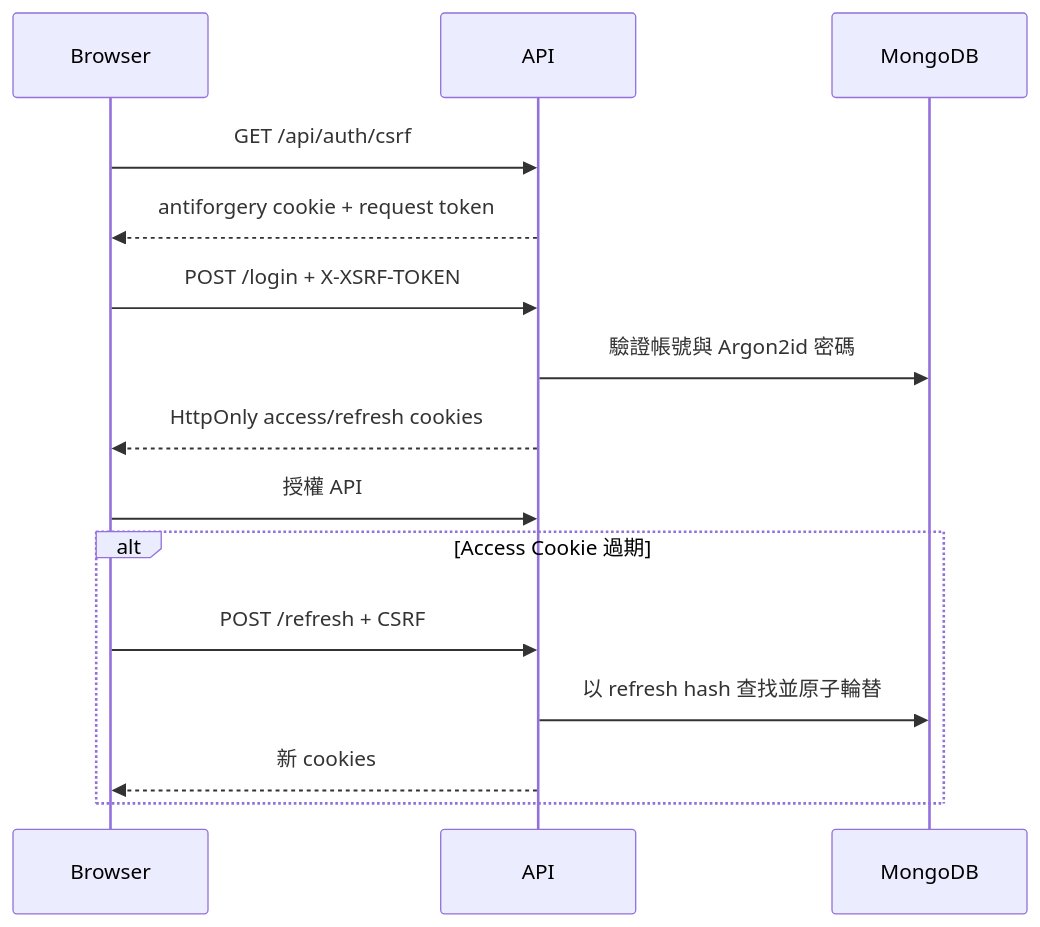
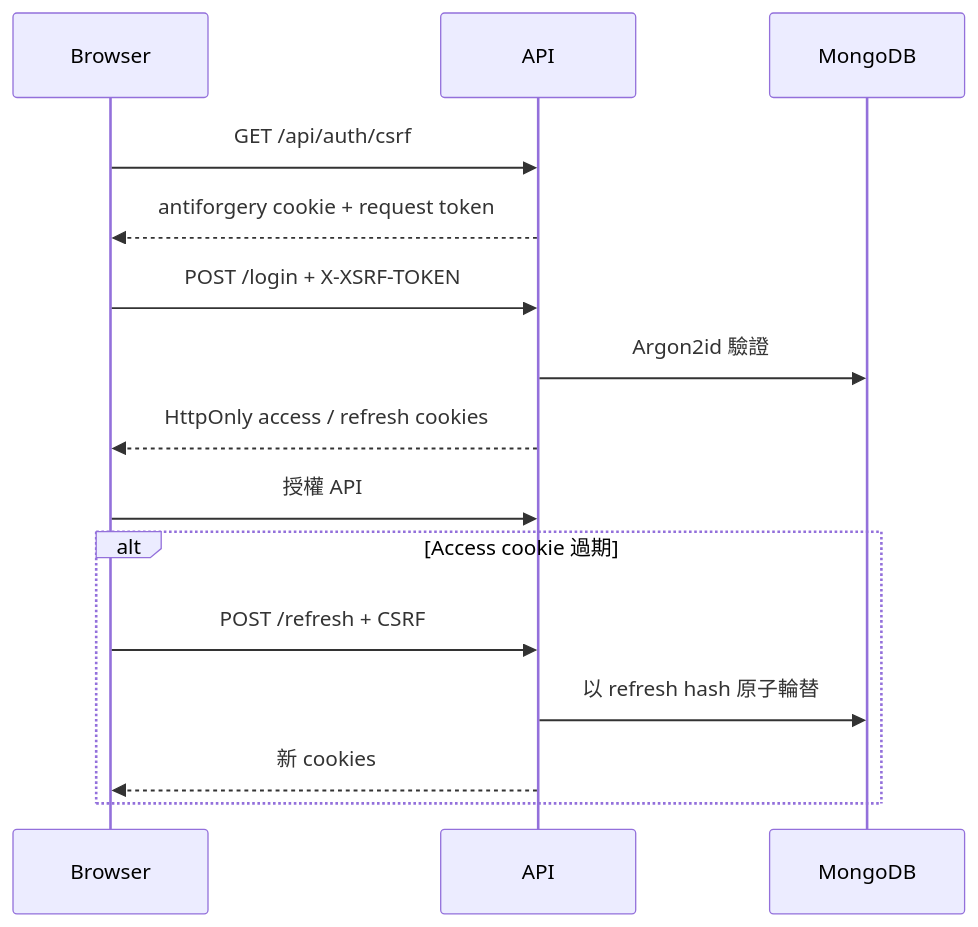
Before and after one commit to helloapple080/HsuFamily: the second of 2 diagrams in docs/02-系統與架構全覽.md, drawn with Mermaid. The commit also changed other lines of this file and 12 other files, not shown here.

````diff
--- a/docs/02-系統與架構全覽.md
+++ b/docs/02-系統與架構全覽.md
@@ -51,17 +61,17 @@
 ```mermaid
 sequenceDiagram
   participant B as Browser
   participant A as API
   participant M as MongoDB
   B->>A: GET /api/auth/csrf
   A-->>B: antiforgery cookie + request token
   B->>A: POST /login + X-XSRF-TOKEN
-  A->>M: 驗證帳號與 Argon2id 密碼
-  A-->>B: HttpOnly access/refresh cookies
+  A->>M: Argon2id 驗證
+  A-->>B: HttpOnly access / refresh cookies
   B->>A: 授權 API
-  alt Access Cookie 過期
+  alt Access cookie 過期
     B->>A: POST /refresh + CSRF
-    A->>M: 以 refresh hash 查找並原子輪替
+    A->>M: 以 refresh hash 原子輪替
     A-->>B: 新 cookies
   end
 ```
````
